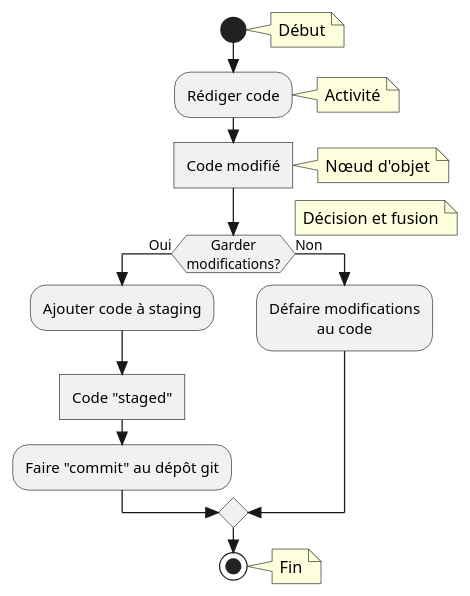
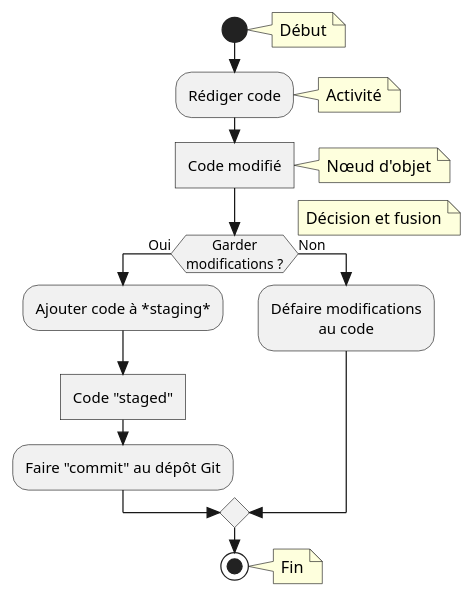
The diagram in DiagrammesActivites.qmd (fuhrmanator/log210-ndc-quarto), drawn with PlantUML before and after one commit. The commit also changed other lines of this file and 1 other file, not shown here.

```diff
--- a/DiagrammesActivites.qmd
+++ b/DiagrammesActivites.qmd
@@ -21,23 +21,23 @@
 @startuml
 skinparam style strictuml
 skinparam DefaultTextAlignment center
 skinparam defaultFontName Arial
 start
 note right : Début
 :Rédiger code;
 note right : Activité
 :Code modifié]
 note right : Nœud d'objet
 
-if (Garder\nmodifications?) then (Oui)
+if (Garder\nmodifications ?) then (Oui)
     note right : Décision et fusion
-    :Ajouter code à staging;
+    :Ajouter code à *staging*;
     :Code "staged"]
-    :Faire "commit" au dépôt git;    
+    :Faire "commit" au dépôt Git;    
 else (Non)
     :Défaire modifications
     au code;
 endif
 stop
 note right : Fin
 @enduml
```
